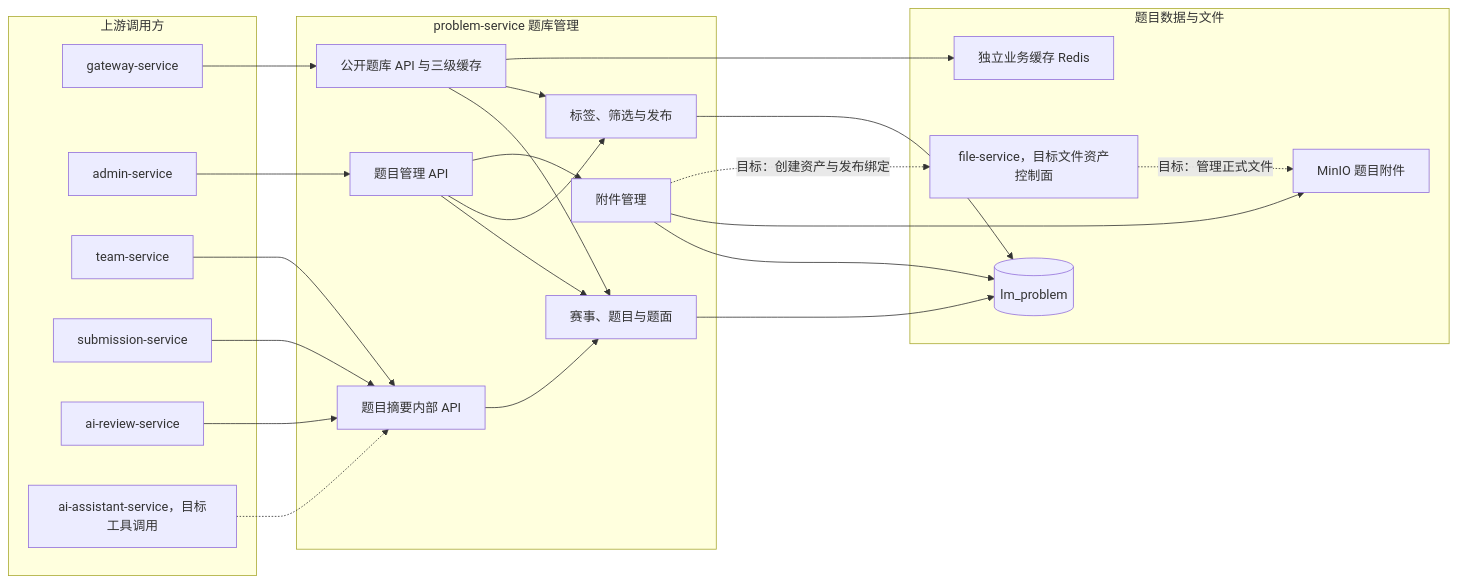
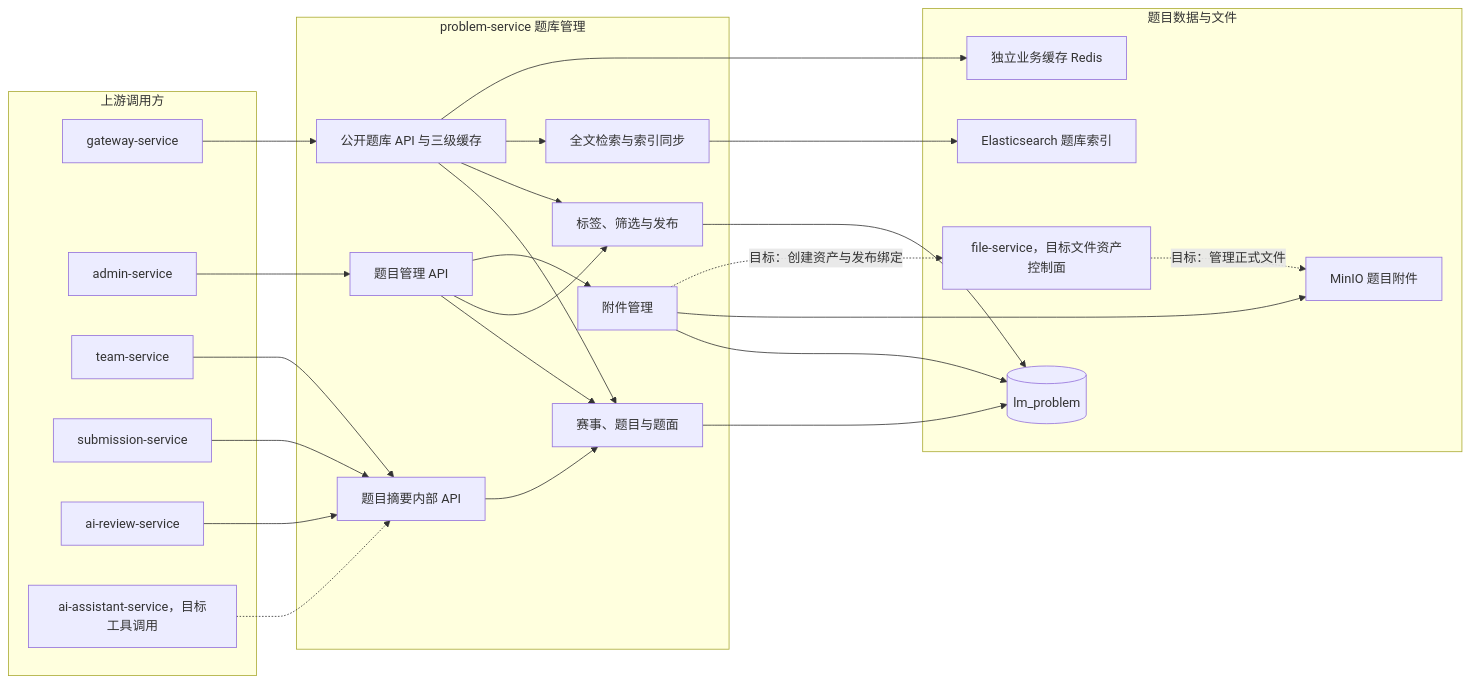
The diagram in docs/project/03-微服务设计/problem-service/README.md (Dorian7Alden/LeetModel), drawn with Mermaid before and after one commit. The commit also changed other lines of this file and 6 other files, not shown here.

````diff
--- a/docs/project/03-微服务设计/problem-service/README.md
+++ b/docs/project/03-微服务设计/problem-service/README.md
@@ -13,48 +13,52 @@
 ```mermaid
 flowchart LR
     subgraph callers["上游调用方"]
         apiGateway["gateway-service"]
         adminService["admin-service"]
         teamService["team-service"]
         submissionService["submission-service"]
         reviewService["ai-review-service"]
         assistantService["ai-assistant-service，目标工具调用"]
     end
 
     subgraph problem["problem-service 题库管理"]
         publicApi["公开题库 API 与三级缓存"]
         manageApi["题目管理 API"]
         internalApi["题目摘要内部 API"]
         contestProblem["赛事、题目与题面"]
         tagPublish["标签、筛选与发布"]
         attachment["附件管理"]
+        fullTextSearch["全文检索与索引同步"]
 
         publicApi --> contestProblem
         publicApi --> tagPublish
+        publicApi --> fullTextSearch
         manageApi --> contestProblem
         manageApi --> tagPublish
         manageApi --> attachment
         internalApi --> contestProblem
     end
 
     subgraph data["题目数据与文件"]
         problemDatabase[(lm_problem)]
+        searchIndex["Elasticsearch 题库索引"]
         minio["MinIO 题目附件"]
         fileService["file-service，目标文件资产控制面"]
         cacheRedis["独立业务缓存 Redis"]
     end
 
     apiGateway --> publicApi
     adminService --> manageApi
     teamService --> internalApi
     submissionService --> internalApi
     reviewService --> internalApi
     assistantService -.-> internalApi
     contestProblem --> problemDatabase
     tagPublish --> problemDatabase
     attachment --> problemDatabase
     attachment --> minio
     attachment -. "目标：创建资产与发布绑定" .-> fileService
     fileService -. "目标：管理正式文件" .-> minio
     publicApi --> cacheRedis
+    fullTextSearch --> searchIndex
 ```
````
